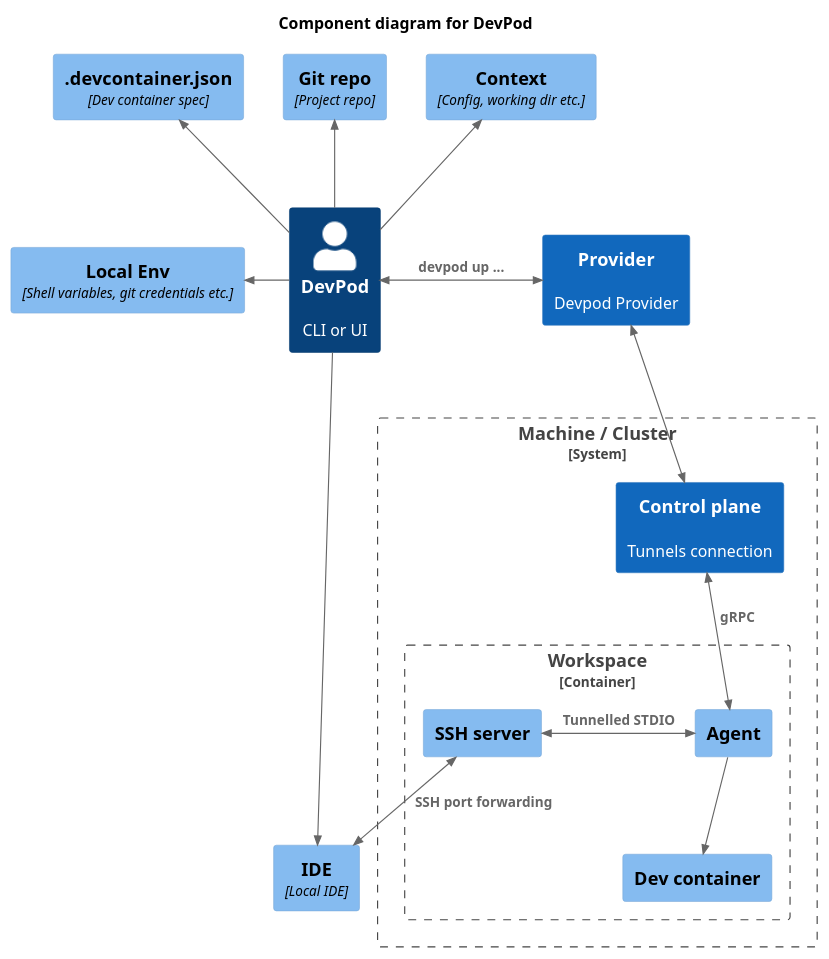
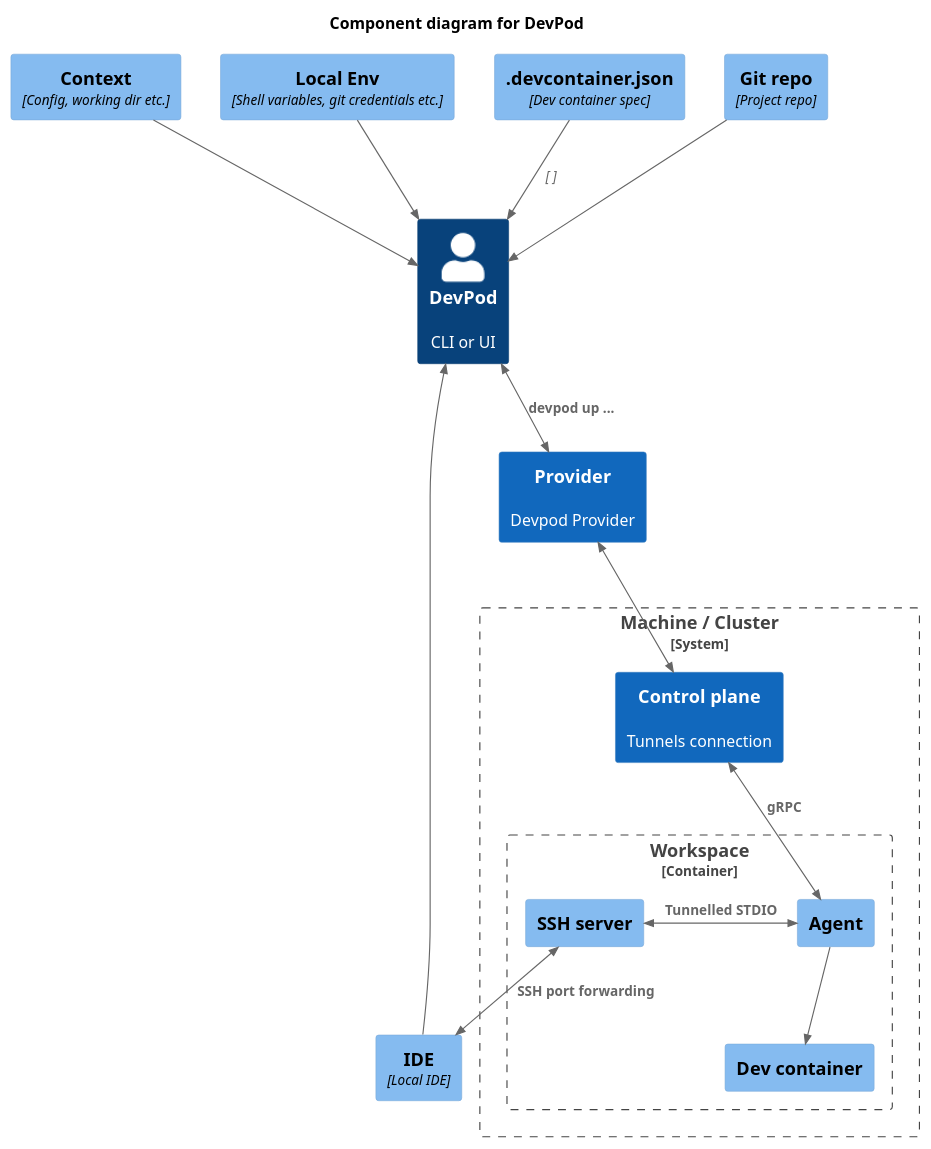
One commit to loft-sh/devpod changed the diagram in docs/uml/c4_component_workspace.puml. Above: the diagram before and after it, drawn with PlantUML. The commit also changed 2 other files, not shown here.

```diff
--- a/docs/uml/c4_component_workspace.puml
+++ b/docs/uml/c4_component_workspace.puml
@@ -1,37 +1,37 @@
 @startuml
 !include https://raw.githubusercontent.com/plantuml-stdlib/C4-PlantUML/master/C4_Component.puml
 
 HIDE_STEREOTYPE()
 LAYOUT_TOP_DOWN()
 
 title Component diagram for DevPod
 
 Person(user, "DevPod", "CLI or UI")
 System(prov, "Provider", "Devpod Provider")
 Component(ide, "IDE", "Local IDE")
 Component(ctx, "Context", "Config, working dir etc.")
 Component(env, "Local Env", "Shell variables, git credentials etc.")
 Component(dc, ".devcontainer.json", "Dev container spec")
 Component(git, "Git repo", "Project repo")
 
 System_Boundary(cluster, "Machine / Cluster") {
   System(controlPlane, "Control plane", "Tunnels connection")
   Container_Boundary(ws, "Workspace") {
     Component(runner, "Dev container", "")
     Component(agent, "Agent", "")
     Component(ssh, "SSH server", "")
   }
 }
 
-BiRel_Right(user, prov, "devpod up ...")
+BiRel(user, prov, "devpod up ...")
 BiRel(prov, controlPlane, "")
 BiRel(controlPlane, agent, " gRPC")
 BiRel_Left(agent, ssh, "Tunnelled STDIO")
 Rel(agent, runner, " ")
 BiRel(ssh, ide, "SSH port forwarding")
-Rel(user, ide, " ")
-Rel_Up(user, ctx, " ")
-Rel_Left(user, env, " ")
-Rel_Up(user, git, " ")
-Rel_Up(user, dc, " ")
+Rel_Left(ide, user, " ")
+Rel(ctx, user, " ")
+Rel(env, user, " ")
+Rel(git, user, " ")
+Rel(dc, user,, " ")
 @enduml
```
